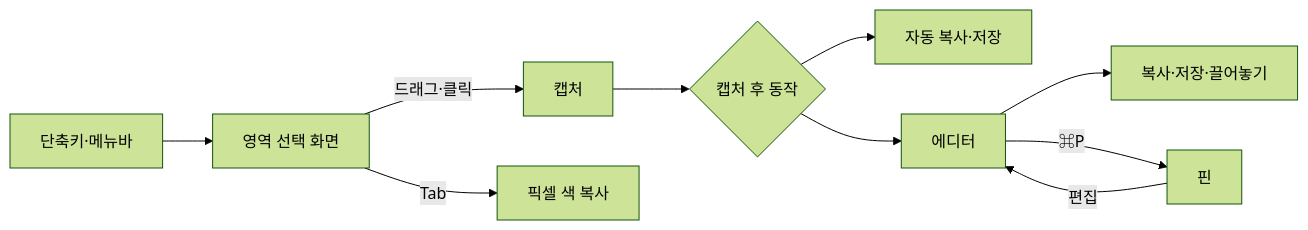
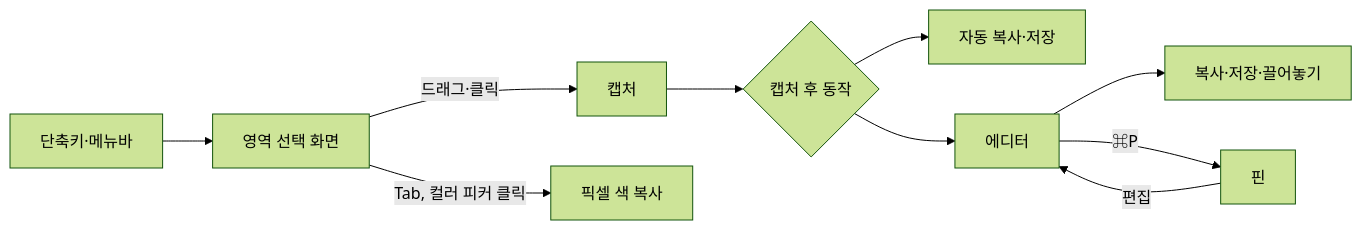
The diagram in claudedocs/USAGE.md (motolies/mCapture), drawn with Mermaid (forest theme) before and after one commit. The commit also changed other lines of this file and 24 other files, not shown here.

````diff
--- a/claudedocs/USAGE.md
+++ b/claudedocs/USAGE.md
@@ -16,12 +17,12 @@
 ```mermaid
 flowchart LR
     K[단축키·메뉴바] --> O[영역 선택 화면]
     O -->|드래그·클릭| C[캡처]
-    O -->|Tab| H[픽셀 색 복사]
+    O -->|Tab, 컬러 피커 클릭| H[픽셀 색 복사]
     C --> A{캡처 후 동작}
     A --> CP[자동 복사·저장]
     A --> E[에디터]
     E --> X[복사·저장·끌어놓기]
     E -->|⌘P| P[핀]
     P -->|편집| E
 ```
````
